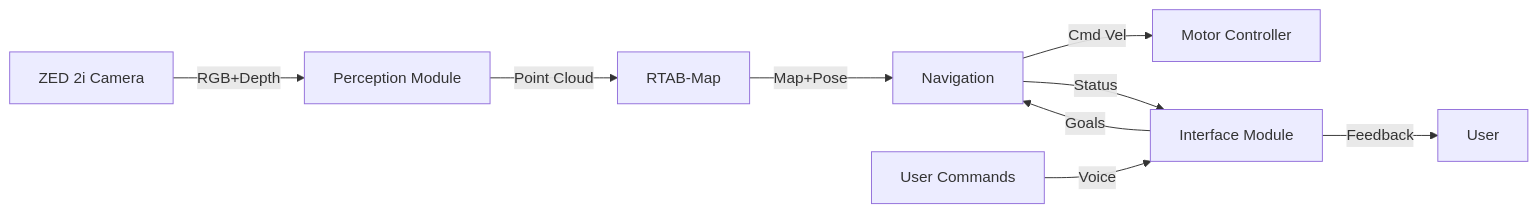
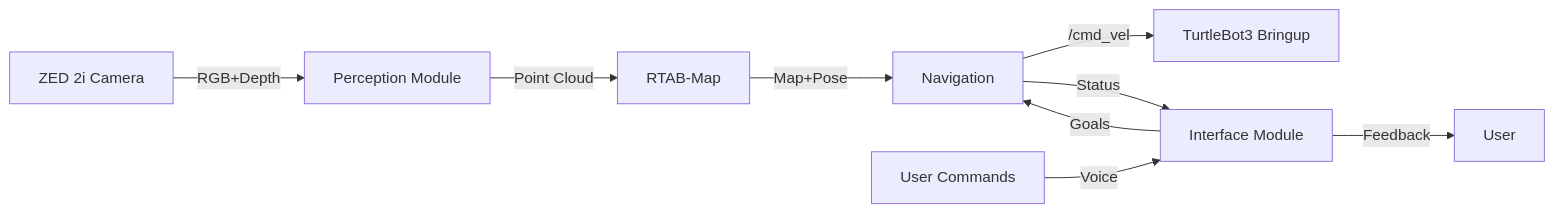
Before and after one commit to DguAiCps/modular-v: the diagram in docs/FRAMEWORK_GUIDE.md, drawn with Mermaid. The commit also changed other lines of this file and 38 other files, not shown here.

````diff
--- a/docs/FRAMEWORK_GUIDE.md
+++ b/docs/FRAMEWORK_GUIDE.md
@@ -34,11 +34,11 @@
 ```mermaid
 graph LR
     A[ZED 2i Camera] -->|RGB+Depth| B[Perception Module]
     B -->|Point Cloud| D[RTAB-Map]
     D -->|Map+Pose| E[Navigation]
-    E -->|Cmd Vel| F[Motor Controller]
+    E -->|/cmd_vel| F[TurtleBot3 Bringup]
     G[User Commands] -->|Voice| H[Interface Module]
     H -->|Goals| E
     E -->|Status| H
     H -->|Feedback| I[User]
 ```
````
